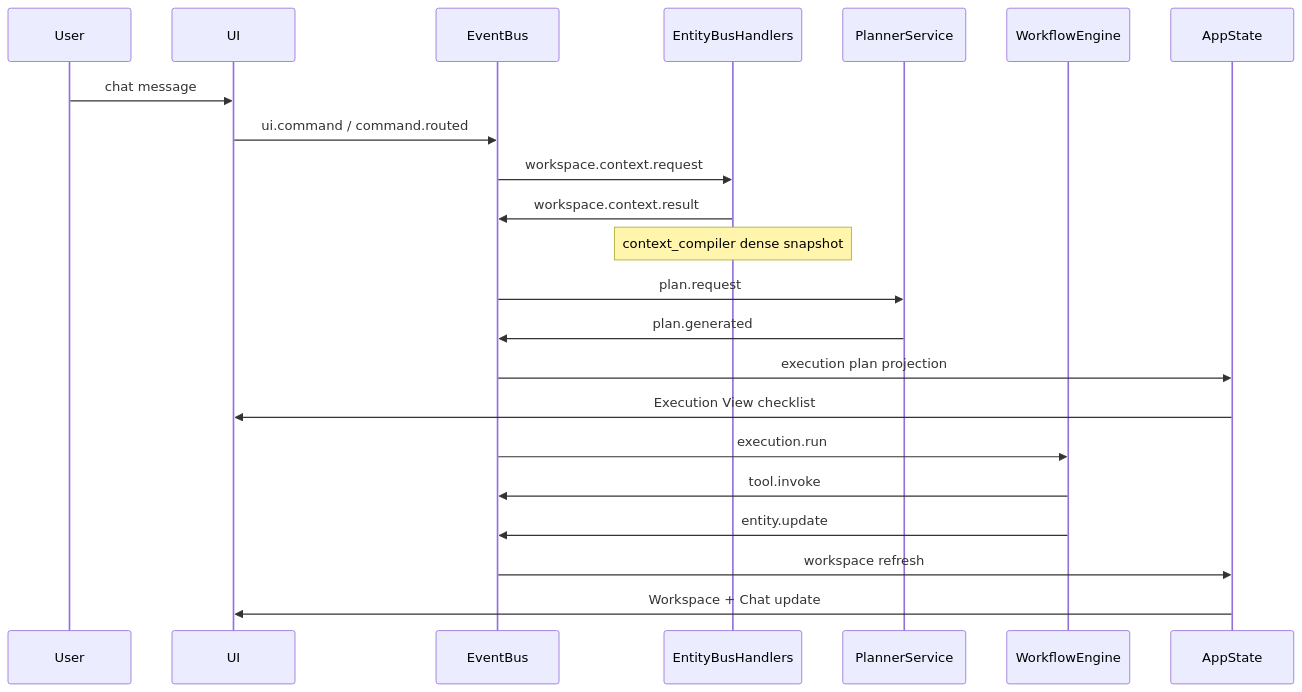
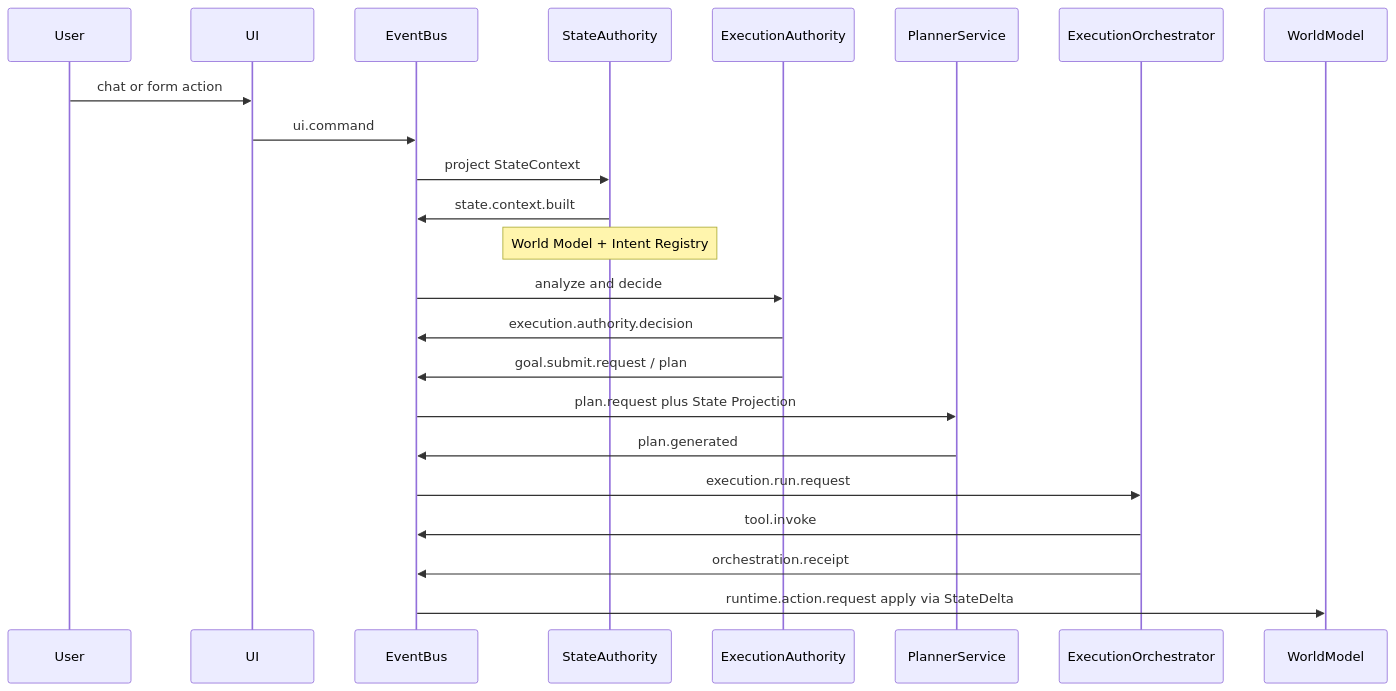
Before and after one commit to Perps12-oss/ai-command-center: the second of 2 diagrams in docs/architecture/VNEXT_STATE_DRIVEN_BLUEPRINT.md, drawn with Mermaid. The commit also changed other lines of this file and 34 other files, not shown here.

````diff
--- a/docs/architecture/VNEXT_STATE_DRIVEN_BLUEPRINT.md
+++ b/docs/architecture/VNEXT_STATE_DRIVEN_BLUEPRINT.md
@@ -310,25 +310,26 @@
 ```mermaid
 sequenceDiagram
     participant User
     participant UI
     participant Bus as EventBus
-    participant WM as EntityBusHandlers
+    participant SA as StateAuthority
+    participant EA as ExecutionAuthority
     participant Planner as PlannerService
-    participant Exec as WorkflowEngine
-    participant AppState
+    participant Orch as ExecutionOrchestrator
+    participant WM as WorldModel
 
-    User->>UI: chat message
-    UI->>Bus: ui.command / command.routed
-    Bus->>WM: workspace.context.request
-    WM->>Bus: workspace.context.result
-    Note over WM: context_compiler dense snapshot
-    Bus->>Planner: plan.request
+    User->>UI: chat or form action
+    UI->>Bus: ui.command
+    Bus->>SA: project StateContext
+    SA->>Bus: state.context.built
+    Note over SA: World Model + Intent Registry
+    Bus->>EA: analyze and decide
+    EA->>Bus: execution.authority.decision
+    EA->>Bus: goal.submit.request / plan
+    Bus->>Planner: plan.request plus State Projection
     Planner->>Bus: plan.generated
-    Bus->>AppState: execution plan projection
-    AppState->>UI: Execution View checklist
-    Bus->>Exec: execution.run
-    Exec->>Bus: tool.invoke
-    Exec->>Bus: entity.update
-    Bus->>AppState: workspace refresh
-    AppState->>UI: Workspace + Chat update
+    Bus->>Orch: execution.run.request
+    Orch->>Bus: tool.invoke
+    Orch->>Bus: orchestration.receipt
+    Bus->>WM: runtime.action.request apply via StateDelta
 ```
````
